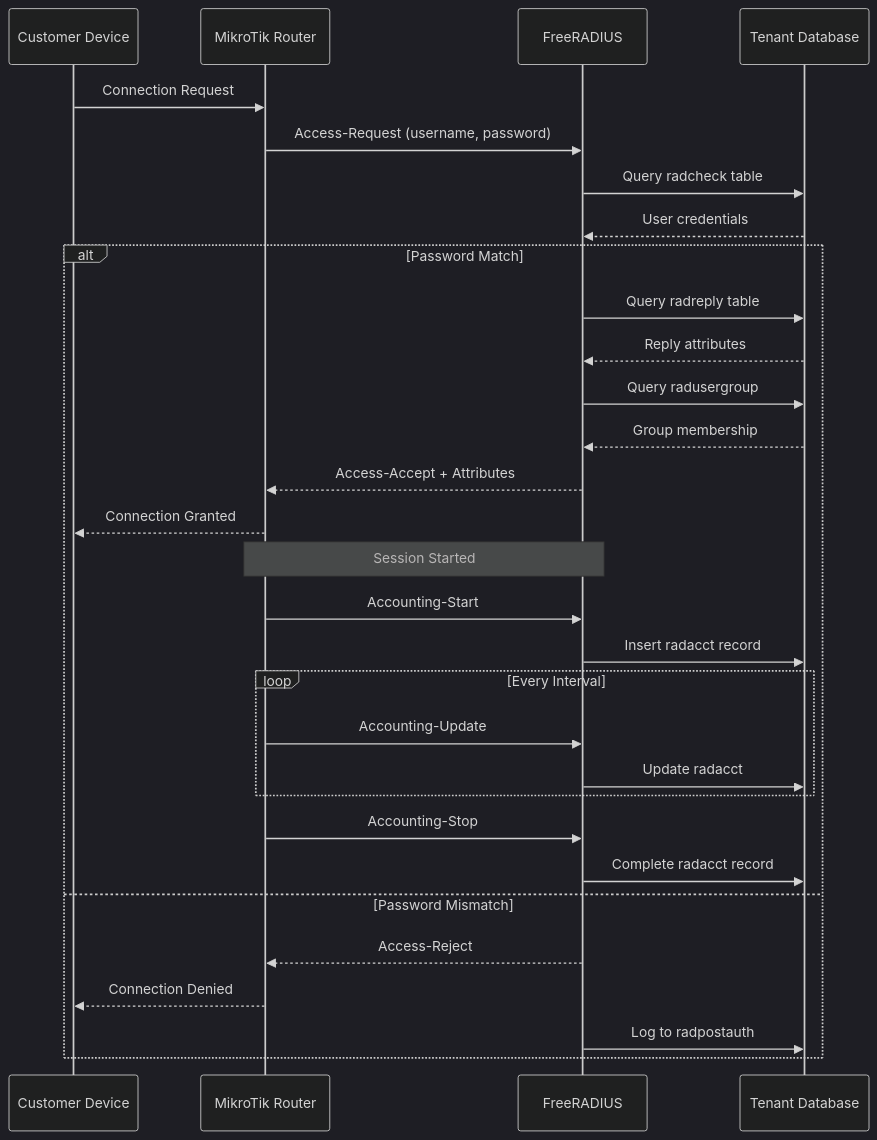
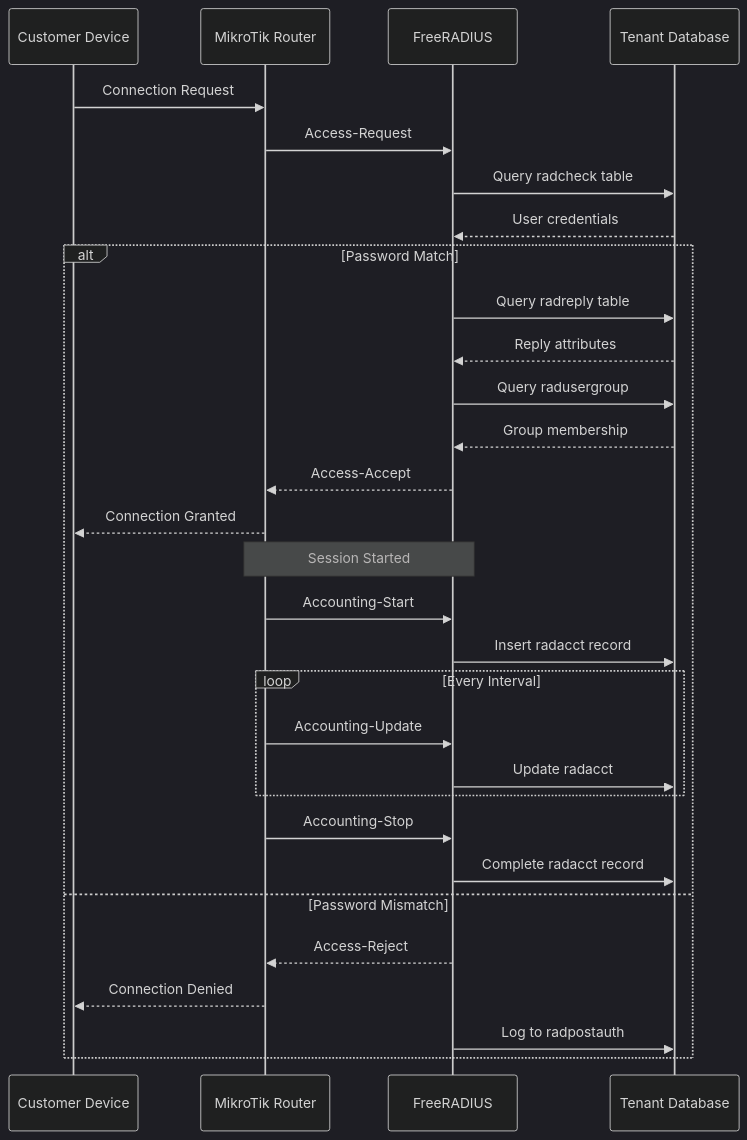
Before and after one commit to rayocta303/RadixLink: the tenth of 15 diagrams in README.md, drawn with Mermaid (dark theme). The commit also changed other lines of this file, not shown here.

First line of the commit message:
Assistant checkpoint: Fix all Mermaid diagram syntax errors in README.md

````diff
--- a/README.md
+++ b/README.md
@@ -566,38 +566,38 @@
 ```mermaid
 sequenceDiagram
     participant C as Customer Device
     participant R as MikroTik Router
     participant F as FreeRADIUS
     participant DB as Tenant Database
     
     C->>R: Connection Request
-    R->>F: Access-Request (username, password)
+    R->>F: Access-Request
     
     F->>DB: Query radcheck table
     DB-->>F: User credentials
     
     alt Password Match
         F->>DB: Query radreply table
         DB-->>F: Reply attributes
         F->>DB: Query radusergroup
         DB-->>F: Group membership
-        F-->>R: Access-Accept + Attributes
+        F-->>R: Access-Accept
         R-->>C: Connection Granted
         
         Note over R,F: Session Started
         R->>F: Accounting-Start
         F->>DB: Insert radacct record
         
         loop Every Interval
             R->>F: Accounting-Update
             F->>DB: Update radacct
         end
         
         R->>F: Accounting-Stop
         F->>DB: Complete radacct record
     else Password Mismatch
         F-->>R: Access-Reject
         R-->>C: Connection Denied
         F->>DB: Log to radpostauth
     end
 ```
````
